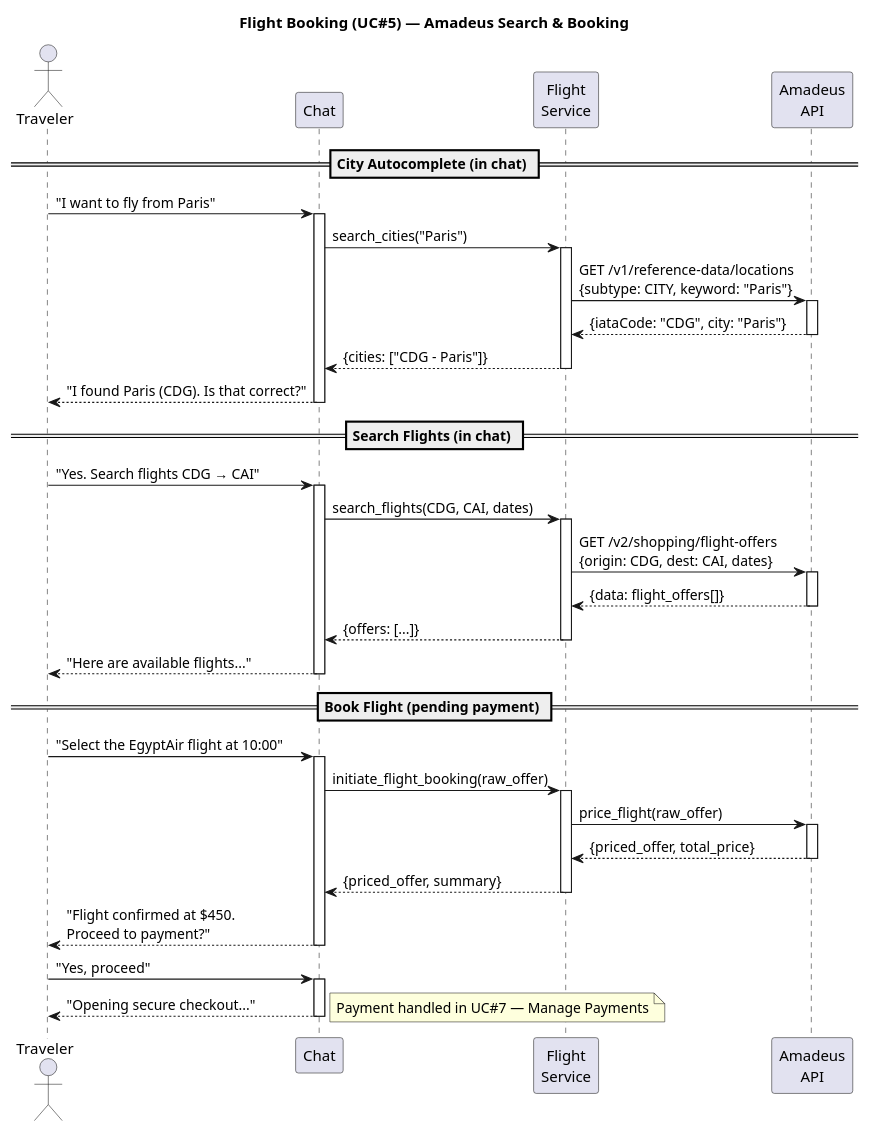
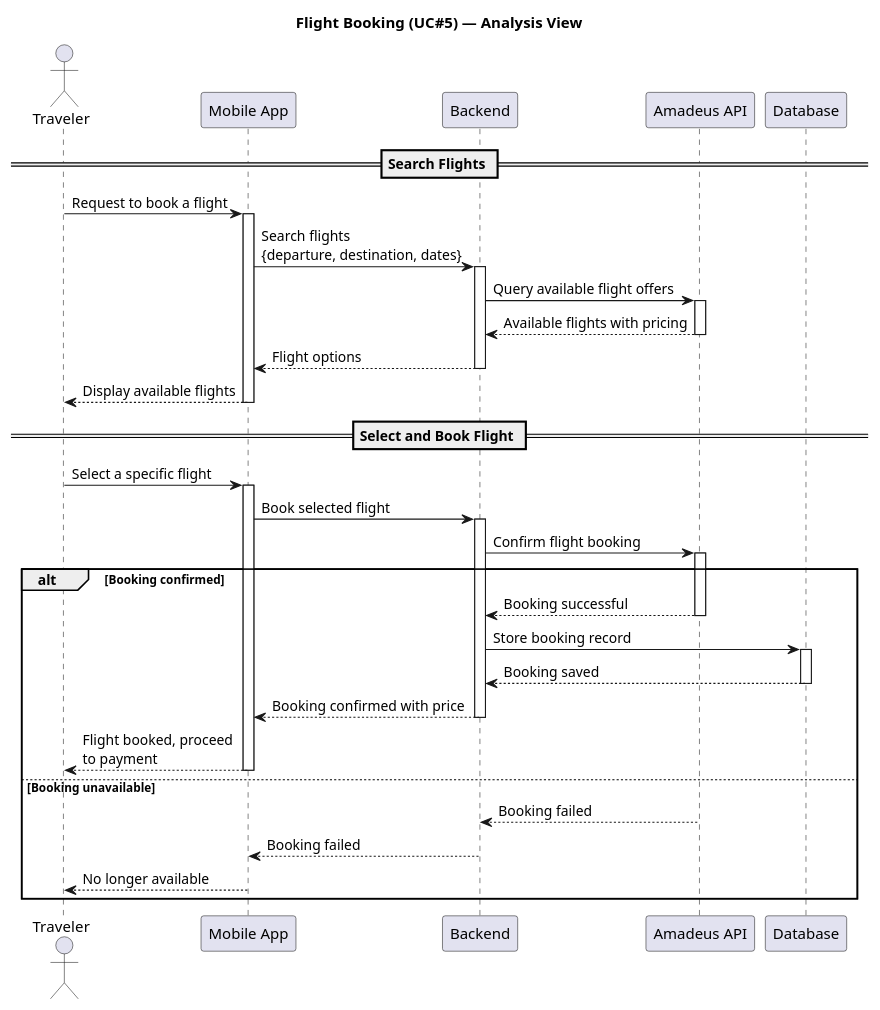
One commit to AbdelrahmanMostafa33/TourMate-AI changed the diagram in docs/Diagrams/sequence_flight_booking.puml. Above: the diagram before and after it, drawn with PlantUML. The commit also changed 87 other files, not shown here.

```diff
--- a/docs/Diagrams/sequence_flight_booking.puml
+++ b/docs/Diagrams/sequence_flight_booking.puml
@@ -1,72 +1,66 @@
 @startuml Flight_Booking_Flow
-title Flight Booking (UC#5) — Amadeus Search & Booking
+title Flight Booking (UC#5) — Analysis View
 
 actor Traveler
-participant "Chat" as Chat
-participant "Flight\nService" as FltSvc
-participant "Amadeus\nAPI" as Amadeus
+participant "Mobile App" as App
+participant "Backend" as Backend
+participant "Amadeus API" as Amadeus
+participant "Database" as DB
 
-== City Autocomplete (in chat) ==
+== Search Flights ==
 
-Traveler -> Chat: "I want to fly from Paris"
-activate Chat
+Traveler -> App: Request to book a flight
+activate App
 
-Chat -> FltSvc: search_cities("Paris")
-activate FltSvc
+App -> Backend: Search flights\n{departure, destination, dates}
+activate Backend
 
-FltSvc -> Amadeus: GET /v1/reference-data/locations\n{subtype: CITY, keyword: "Paris"}
+Backend -> Amadeus: Query available flight offers
 activate Amadeus
-Amadeus --> FltSvc: {iataCode: "CDG", city: "Paris"}
+Amadeus --> Backend: Available flights with pricing
 deactivate Amadeus
 
-FltSvc --> Chat: {cities: ["CDG - Paris"]}
-deactivate FltSvc
+Backend --> App: Flight options
+deactivate Backend
 
-Chat --> Traveler: "I found Paris (CDG). Is that correct?"
-deactivate Chat
+App --> Traveler: Display available flights
+deactivate App
 
-== Search Flights (in chat) ==
+== Select and Book Flight ==
 
-Traveler -> Chat: "Yes. Search flights CDG → CAI"
-activate Chat
+Traveler -> App: Select a specific flight
+activate App
 
-Chat -> FltSvc: search_flights(CDG, CAI, dates)
-activate FltSvc
+App -> Backend: Book selected flight
+activate Backend
 
-FltSvc -> Amadeus: GET /v2/shopping/flight-offers\n{origin: CDG, dest: CAI, dates}
+Backend -> Amadeus: Confirm flight booking
 activate Amadeus
-Amadeus --> FltSvc: {data: flight_offers[]}
-deactivate Amadeus
 
-FltSvc --> Chat: {offers: [...]}
-deactivate FltSvc
+alt Booking confirmed
+  Amadeus --> Backend: Booking successful
+  deactivate Amadeus
 
-Chat --> Traveler: "Here are available flights..."
-deactivate Chat
+  Backend -> DB: Store booking record
+  activate DB
+  DB --> Backend: Booking saved
+  deactivate DB
 
-== Book Flight (pending payment) ==
+  Backend --> App: Booking confirmed with price
+  deactivate Backend
 
-Traveler -> Chat: "Select the EgyptAir flight at 10:00"
-activate Chat
+  App --> Traveler: Flight booked, proceed\nto payment
+  deactivate App
 
-Chat -> FltSvc: initiate_flight_booking(raw_offer)
-activate FltSvc
+else Booking unavailable
+  Amadeus --> Backend: Booking failed
+  deactivate Amadeus
 
-FltSvc -> Amadeus: price_flight(raw_offer)
-activate Amadeus
-Amadeus --> FltSvc: {priced_offer, total_price}
-deactivate Amadeus
+  Backend --> App: Booking failed
+  deactivate Backend
 
-FltSvc --> Chat: {priced_offer, summary}
-deactivate FltSvc
-
-Chat --> Traveler: "Flight confirmed at $450.\nProceed to payment?"
-deactivate Chat
-
-Traveler -> Chat: "Yes, proceed"
-activate Chat
-Chat --> Traveler: "Opening secure checkout..."
-note right: Payment handled in UC#7 — Manage Payments
-deactivate Chat
+  App --> Traveler: No longer available
+  deactivate App
+end
 
 @enduml
```
